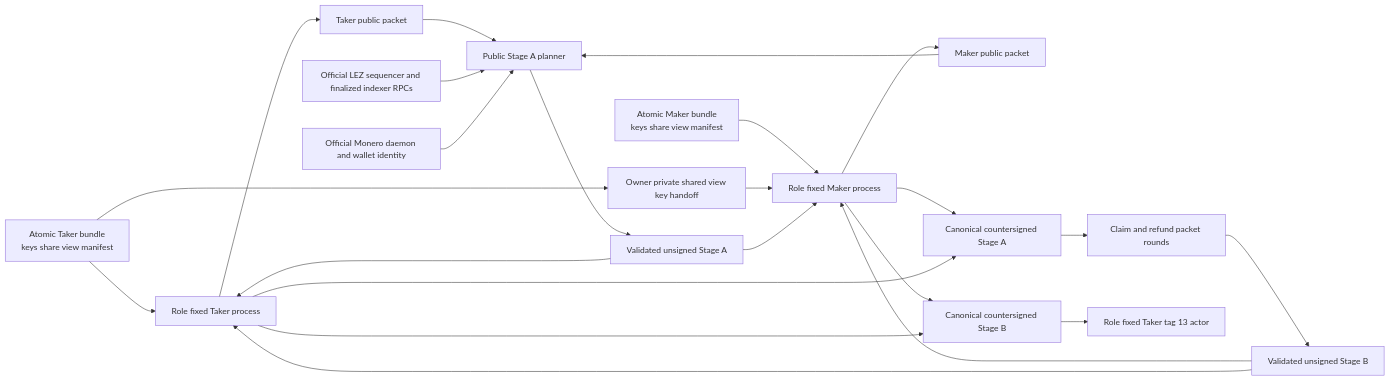
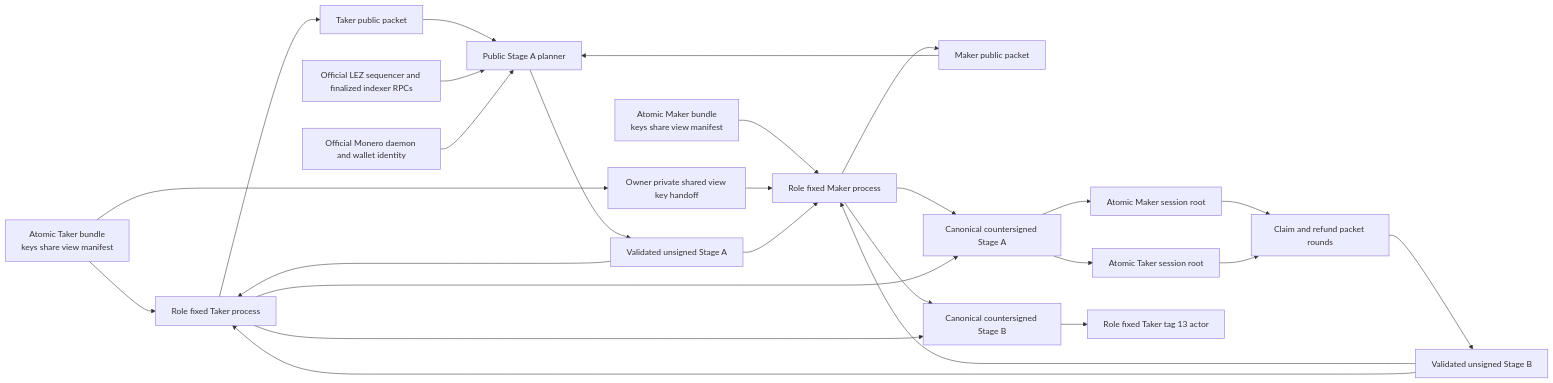
Before and after one commit to gateway-fm/lez-atomic-swaps: the first of 2 diagrams in docs/architecture/0073-compose-xmr-stage-material-through-role-journals.md, drawn with Mermaid. The commit also changed other lines of this file and 13 other files, not shown here.

````diff
--- a/docs/architecture/0073-compose-xmr-stage-material-through-role-journals.md
+++ b/docs/architecture/0073-compose-xmr-stage-material-through-role-journals.md
@@ -60,25 +70,28 @@
 ```mermaid
 flowchart LR
     TakerPrivate["Atomic Taker bundle<br/>keys share view manifest"] --> TakerProc["Role fixed Taker process"]
     MakerPrivate["Atomic Maker bundle<br/>keys share view manifest"] --> MakerProc["Role fixed Maker process"]
     TakerProc --> TakerPublic["Taker public packet"]
     MakerProc --> MakerPublic["Maker public packet"]
     TakerPrivate --> ViewKey["Owner private shared view key handoff"]
     ViewKey --> MakerProc
     TakerPublic --> Planner["Public Stage A planner"]
     MakerPublic --> Planner
     LezRpc["Official LEZ sequencer and finalized indexer RPCs"] --> Planner
     MoneroRpc["Official Monero daemon and wallet identity"] --> Planner
     Planner --> UnsignedA["Validated unsigned Stage A"]
     UnsignedA --> MakerProc
     UnsignedA --> TakerProc
     MakerProc --> Agreement["Canonical countersigned Stage A"]
     TakerProc --> Agreement
-    Agreement --> Sessions["Claim and refund packet rounds"]
+    Agreement --> MakerSessions["Atomic Maker session root"]
+    Agreement --> TakerSessions["Atomic Taker session root"]
+    MakerSessions --> Sessions["Claim and refund packet rounds"]
+    TakerSessions --> Sessions
     Sessions --> UnsignedB["Validated unsigned Stage B"]
     UnsignedB --> MakerProc
     UnsignedB --> TakerProc
     MakerProc --> Activation["Canonical countersigned Stage B"]
     TakerProc --> Activation
     Activation --> Tag13["Role fixed Taker tag 13 actor"]
 ```
````
